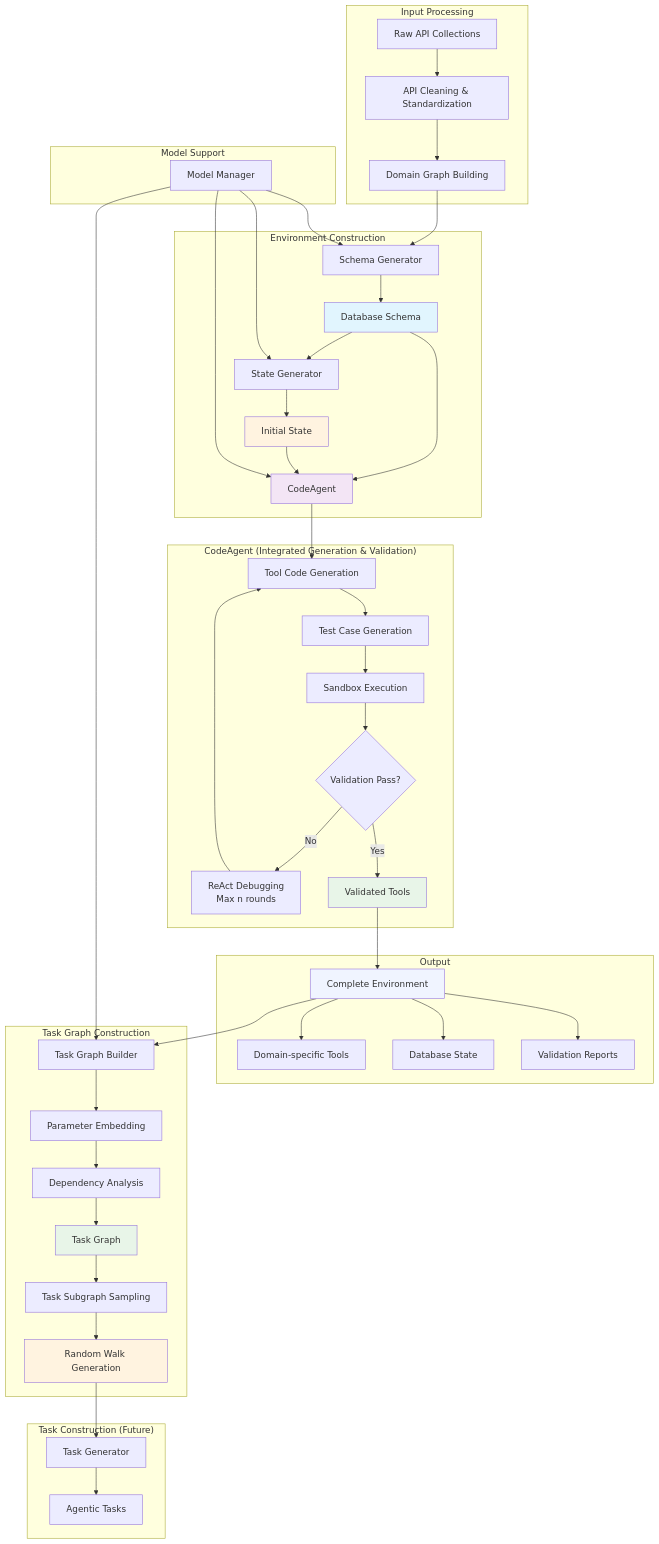
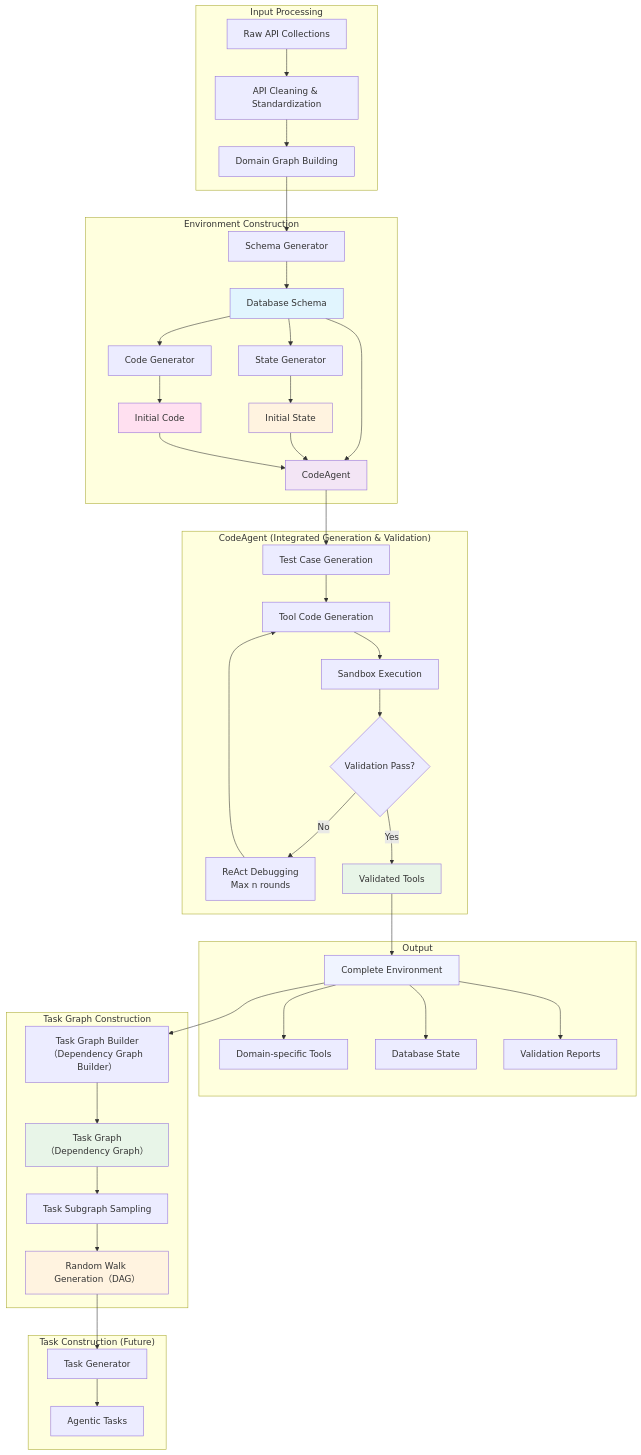
Before and after one commit to zuoyifan132/worldInteract: the diagram in README.md, drawn with Mermaid. The commit also changed 2 other files, not shown here.

Commit message:
update examaples/README Module Example Maqpping table

````diff
--- a/README.md
+++ b/README.md
@@ -11,62 +11,57 @@
 ```mermaid
 graph TB
     subgraph "Input Processing"
         A[Raw API Collections] --> B[API Cleaning & Standardization]
         B --> C[Domain Graph Building]
     end
     
     subgraph "Environment Construction"
         C --> D[Schema Generator]
         D --> E[Database Schema]
         E --> F[State Generator]
         F --> G[Initial State]
+        E --> CG[Code Generator]
+        CG --> IC[Initial Code]
         E --> H[CodeAgent]
         G --> H
+        IC --> H
     end
     
     subgraph "CodeAgent (Integrated Generation & Validation)"
-        H --> I[Tool Code Generation]
-        I --> J[Test Case Generation]
-        J --> K[Sandbox Execution]
+        H --> I1[Test Case Generation]
+        I1 --> I[Tool Code Generation]
+        I --> K[Sandbox Execution]
         K --> L{Validation Pass?}
         L -->|No| M[ReAct Debugging<br/>Max n rounds]
         M --> I
         L -->|Yes| N[Validated Tools]
     end
     
     subgraph "Output"
         N --> O[Complete Environment]
         O --> P[Domain-specific Tools]
         O --> Q[Database State]
         O --> R[Validation Reports]
     end
     
     subgraph "Task Graph Construction"
-        O --> S[Task Graph Builder]
-        S --> T[Parameter Embedding]
-        T --> U1[Dependency Analysis]
-        U1 --> V[Task Graph]
+        O --> S[Task Graph Builder（Dependency Graph Builder）]
+        S --> V[Task Graph（Dependency Graph）]
         V --> W[Task Subgraph Sampling]
-        W --> X[Random Walk Generation]
+        W --> X[Random Walk Generation（DAG）]
     end
     
     subgraph "Task Construction (Future)"
         X --> Y[Task Generator]
         Y --> Z[Agentic Tasks]
     end
     
-    subgraph "Model Support"
-        M1[Model Manager] --> D
-        M1 --> F
-        M1 --> H
-        M1 --> S
-    end
-    
     style E fill:#e1f5fe
     style G fill:#fff3e0
+    style IC fill:#ffe0f0
     style H fill:#f3e5f5
     style N fill:#e8f5e8
     style O fill:#f0f4ff
     style V fill:#e8f5e8
     style X fill:#fff3e0
 ```
````
